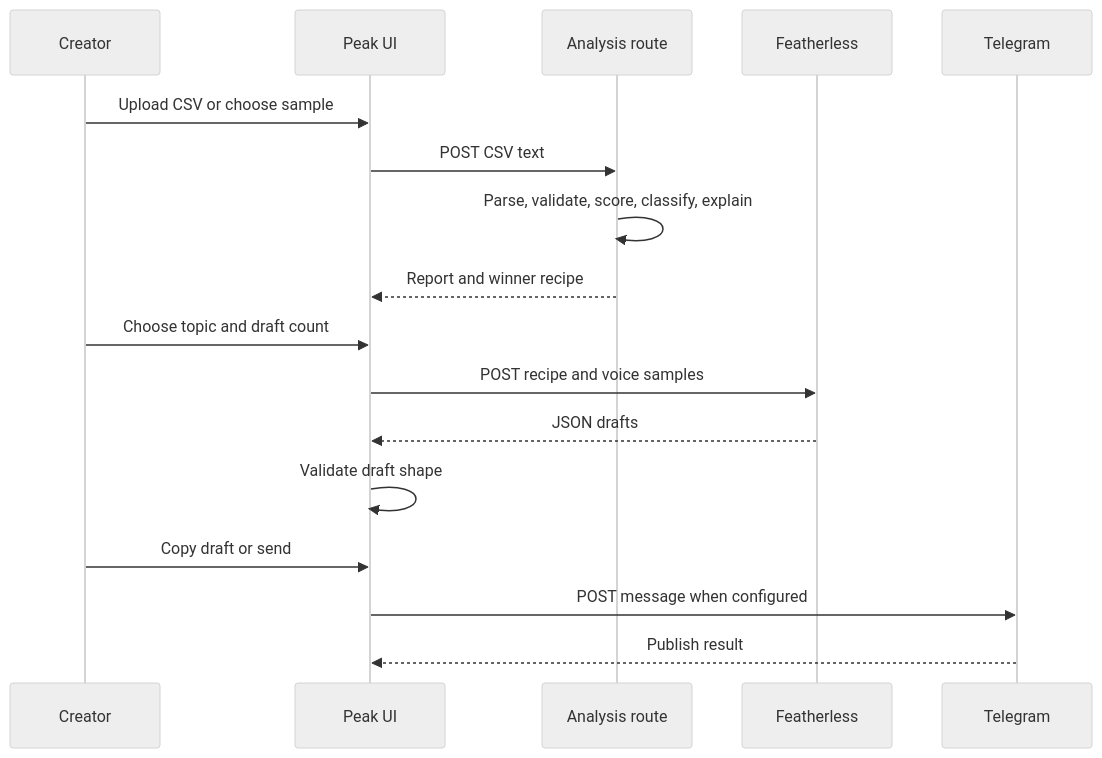
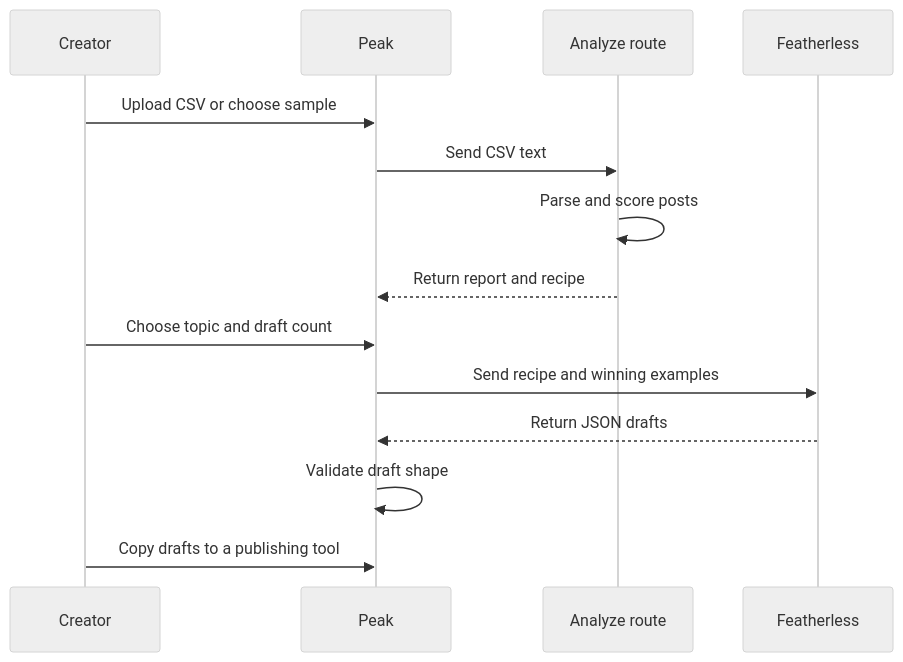
One commit to thesithunyein/peak changed the second of 2 diagrams in README.md. Above: the diagram before and after it, drawn with Mermaid (neutral theme). The commit also changed other lines of this file and 5 other files, not shown here.

Commit message:
Simplify Peak publishing and fix README diagrams

````diff
--- a/README.md
+++ b/README.md
@@ -76,20 +74,17 @@
 ```mermaid
 sequenceDiagram
-    participant C as Creator
-    participant P as Peak UI
-    participant A as Analysis route
-    participant F as Featherless
-    participant T as Telegram
+  participant C as Creator
+  participant P as Peak
+  participant A as Analyze route
+  participant F as Featherless
 
-    C->>P: Upload CSV or choose sample
-    P->>A: POST CSV text
-    A->>A: Parse, validate, score, classify, explain
-    A-->>P: Report and winner recipe
-    C->>P: Choose topic and draft count
-    P->>F: POST recipe and voice samples
-    F-->>P: JSON drafts
-    P->>P: Validate draft shape
-    C->>P: Copy draft or send
-    P->>T: POST message when configured
-    T-->>P: Publish result
+  C->>P: Upload CSV or choose sample
+  P->>A: Send CSV text
+  A->>A: Parse and score posts
+  A-->>P: Return report and recipe
+  C->>P: Choose topic and draft count
+  P->>F: Send recipe and winning examples
+  F-->>P: Return JSON drafts
+  P->>P: Validate draft shape
+  C->>P: Copy drafts to a publishing tool
 ```
````
